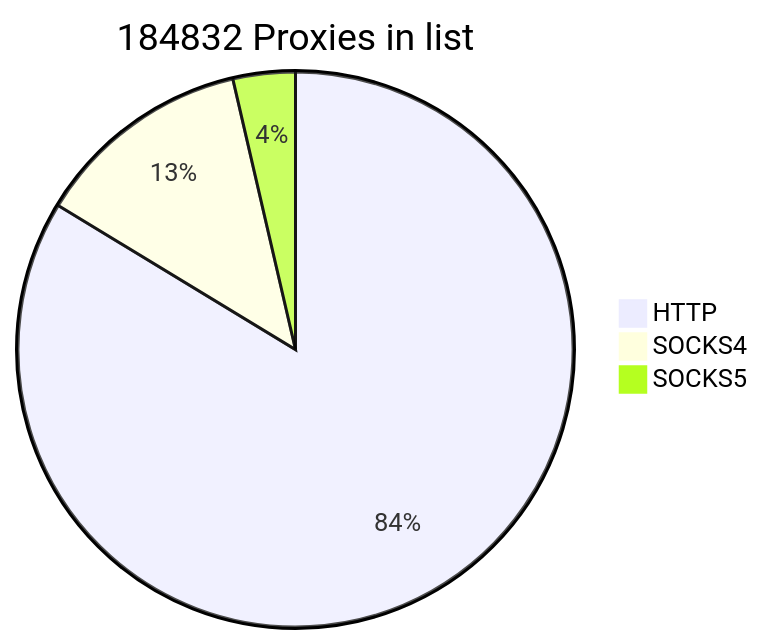
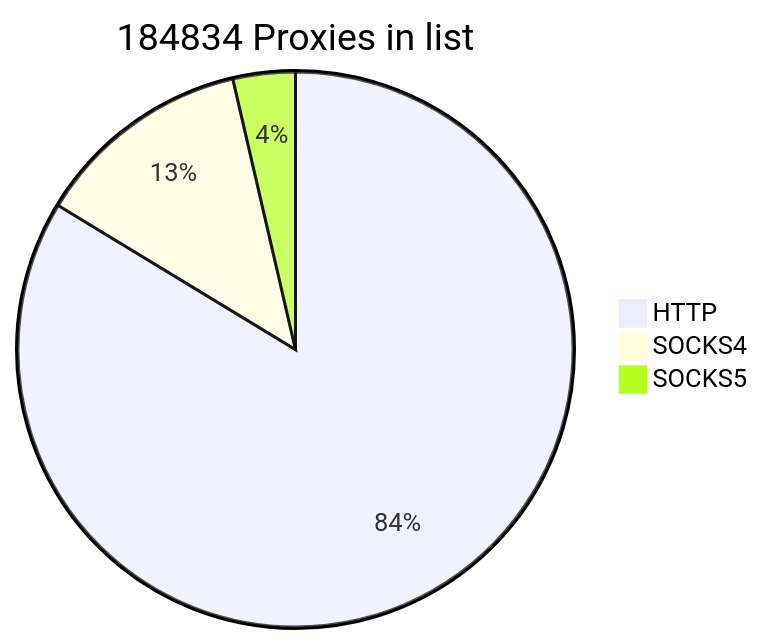
The first of 2 diagrams in README.md (cutipu/proxylist), drawn with Mermaid before and after one commit. The commit also changed other lines of this file, not shown here.

````diff
--- a/README.md
+++ b/README.md
@@ -2,7 +2,7 @@
 ```mermaid
-pie title 184832 Proxies in list
+pie title 184834 Proxies in list
     "HTTP" : 154672
-    "SOCKS4" : 23464
+    "SOCKS4" : 23466
     "SOCKS5" : 6696
             
 ```
````
